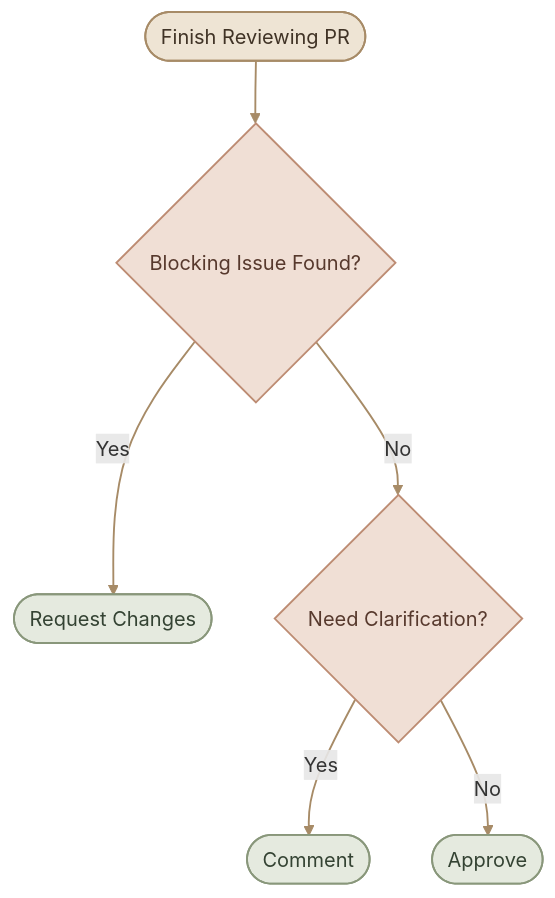
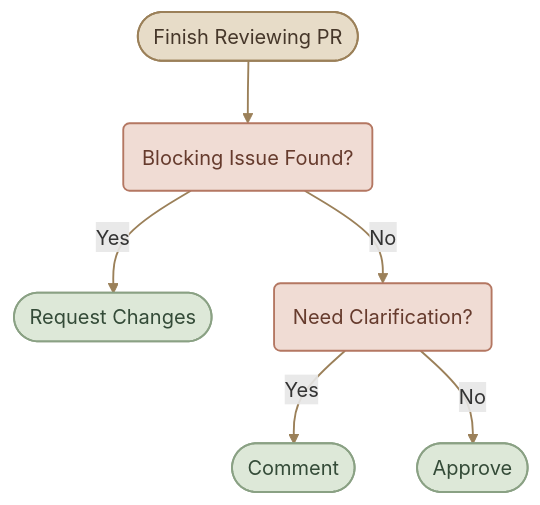
The second of 4 diagrams in content/version-control/Git and GitHub/code-reviews.mdx (mustafammasoud/ops-handbook), drawn with Mermaid before and after one commit. The commit also changed other lines of this file and 17 other files, not shown here.

````diff
--- a/content/version-control/Git and GitHub/code-reviews.mdx
+++ b/content/version-control/Git and GitHub/code-reviews.mdx
@@ -243,17 +266,17 @@
 ```mermaid
 flowchart TD
-    A(["Finish Reviewing PR"]) --> B{"Blocking Issue Found?"}
+    A(["Finish Reviewing PR"]) --> B("Blocking Issue Found?")
     B -->|Yes| C(["Request Changes"])
-    B -->|No| D{"Need Clarification?"}
+    B -->|No| D("Need Clarification?")
     D -->|Yes| E(["Comment"])
     D -->|No| F(["Approve"])
 
-    classDef start fill:#eee4d4,stroke:#a78b67,color:#403326,stroke-width:1.5px
-    classDef decision fill:#f0dfd5,stroke:#bd8c73,color:#57392d,stroke-width:1.5px
-    classDef result fill:#e5eadf,stroke:#89977b,color:#344333,stroke-width:1.5px
+    classDef start fill:#E7DCC8,stroke:#9B8059,color:#46372A,stroke-width:1.5px
+    classDef decision fill:#f0dcd4,stroke:#b47762,color:#663b2d,stroke-width:1.5px
+    classDef result fill:#DDE8D8,stroke:#8AA184,color:#344B38,stroke-width:1.5px
 
     class A start
     class B,D decision
     class C,E,F result
-    linkStyle default stroke:#a78b67,stroke-width:1.5px
+    linkStyle default stroke:#9B8059,stroke-width:1.5px
 ```
````
